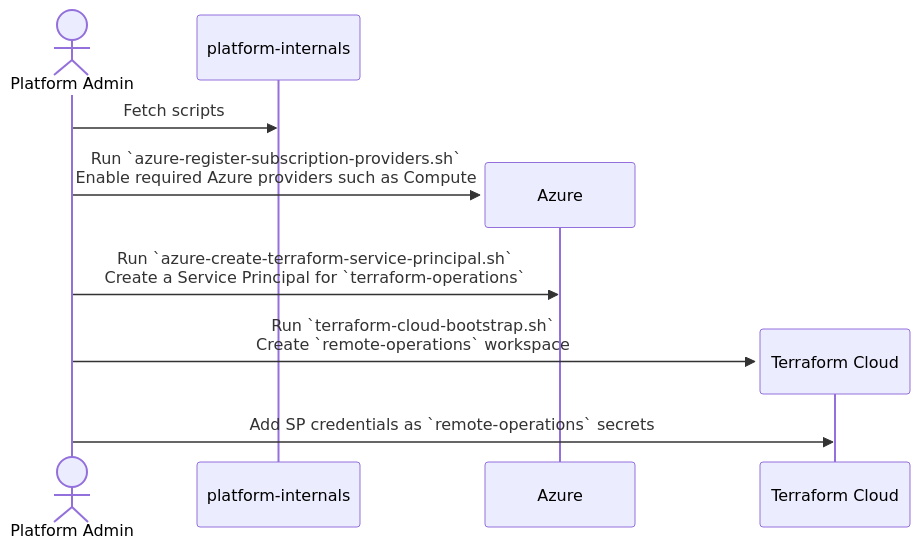
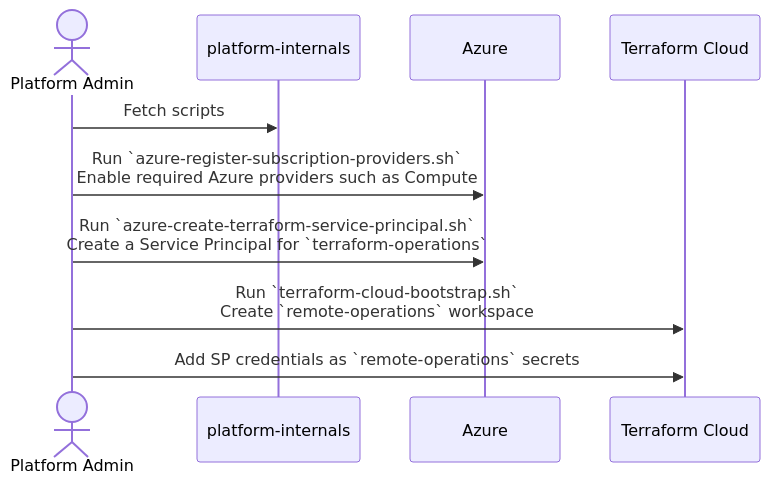
One commit to PashmakGuru/internal changed the second of 3 diagrams in README.md. Above: the diagram before and after it, drawn with Mermaid.

Commit message:
Update synce mermaid v10.0.2 is used by GH

````diff
--- a/README.md
+++ b/README.md
@@ -20,12 +20,13 @@
 ```mermaid
 sequenceDiagram
     actor PLA as Platform Admin
     participant RPI as platform-internals
+    participant AZR as Azure
+    participant TFC as Terraform Cloud
+    
     PLA ->> RPI: Fetch scripts
-    create participant AZR as Azure
     PLA ->> AZR: Run `azure-register-subscription-providers.sh`<br>Enable required Azure providers such as Compute
     PLA ->> AZR: Run `azure-create-terraform-service-principal.sh`<br>Create a Service Principal for `terraform-operations`
-    create participant TFC as Terraform Cloud
     PLA ->> TFC: Run `terraform-cloud-bootstrap.sh`<br>Create `remote-operations` workspace
     PLA ->> TFC: Add SP credentials as `remote-operations` secrets
 ```
````
